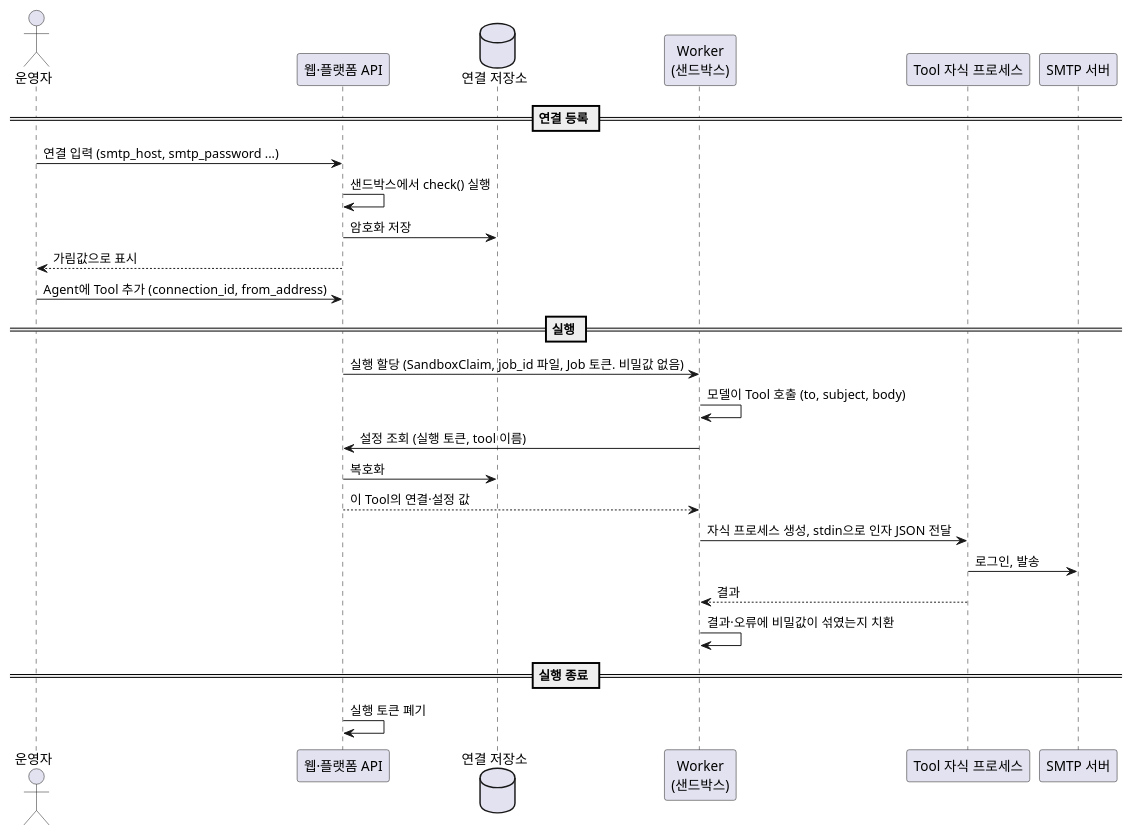
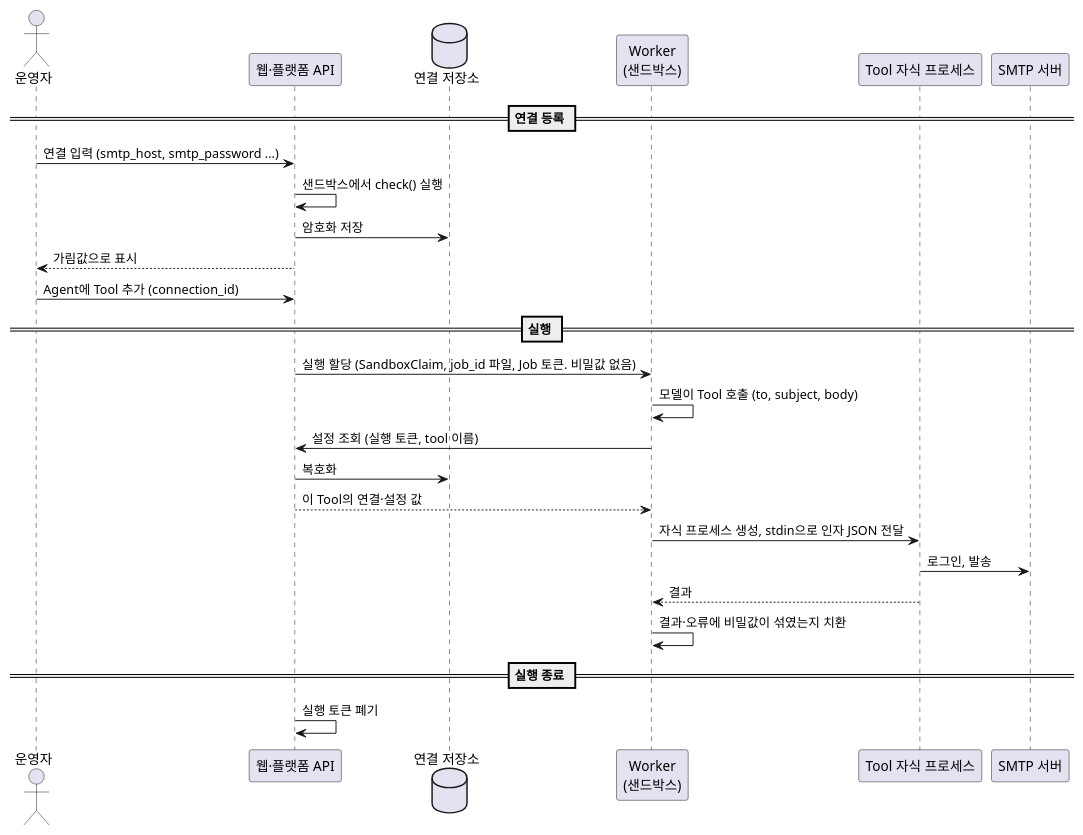
One commit to jblim0125/send-mail changed the diagram in docs/tool-설정-전달-조사.md. Above: the diagram before and after it, drawn with PlantUML. The commit also changed other lines of this file and 8 other files, not shown here.

````diff
--- a/docs/tool-설정-전달-조사.md
+++ b/docs/tool-설정-전달-조사.md
@@ -210,30 +207,30 @@
 ```plantuml
 @startuml
 actor "운영자" as Op
 participant "웹·플랫폼 API" as API
 database "연결 저장소" as Store
 participant "Worker\n(샌드박스)" as Worker
 participant "Tool 자식 프로세스" as Tool
 participant "SMTP 서버" as SMTP
 
 == 연결 등록 ==
 Op -> API : 연결 입력 (smtp_host, smtp_password ...)
 API -> API : 샌드박스에서 check() 실행
 API -> Store : 암호화 저장
 API --> Op : 가림값으로 표시
-Op -> API : Agent에 Tool 추가 (connection_id, from_address)
+Op -> API : Agent에 Tool 추가 (connection_id)
 
 == 실행 ==
 API -> Worker : 실행 할당 (SandboxClaim, job_id 파일, Job 토큰. 비밀값 없음)
 Worker -> Worker : 모델이 Tool 호출 (to, subject, body)
 Worker -> API : 설정 조회 (실행 토큰, tool 이름)
 API -> Store : 복호화
 API --> Worker : 이 Tool의 연결·설정 값
 Worker -> Tool : 자식 프로세스 생성, stdin으로 인자 JSON 전달
 Tool -> SMTP : 로그인, 발송
 Tool --> Worker : 결과
 Worker -> Worker : 결과·오류에 비밀값이 섞였는지 치환
 == 실행 종료 ==
 API -> API : 실행 토큰 폐기
 @enduml
 ```
````
